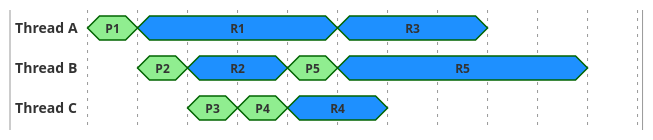
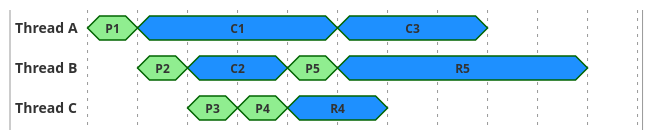
One commit to jetty/jetty.project changed the fourth of 4 diagrams in documentation/jetty/modules/programming-guide/pages/arch/threads.adoc. Above: the diagram before and after it, drawn with PlantUML. The commit also changed other lines of this file, not shown here.

```diff
--- a/documentation/jetty/modules/programming-guide/pages/arch/threads.adoc
+++ b/documentation/jetty/modules/programming-guide/pages/arch/threads.adoc
@@ -185,29 +185,29 @@
 [plantuml]
 ----
 skinparam backgroundColor transparent
 
 compact concise "Thread A" as WT1
 compact concise "Thread B" as WT2
 compact concise "Thread C" as WT3
 hide time-axis
 
 @WT1
 0 is P1 #lightgreen
-1 is R1 #dodgerblue
-5 is R3 #dodgerblue
+1 is C1 #dodgerblue
+5 is C3 #dodgerblue
 8 is {hidden}
 
 @WT2
 1 is P2 #lightgreen
-2 is R2 #dodgerblue
+2 is C2 #dodgerblue
 4 is P5 #lightgreen
 5 is R5 #dodgerblue
 10 is {hidden}
 
 @WT3
 2 is P3 #lightgreen
 3 is P4 #lightgreen
 4 is R4 #dodgerblue
 6 is {hidden}
 
 ----
```
